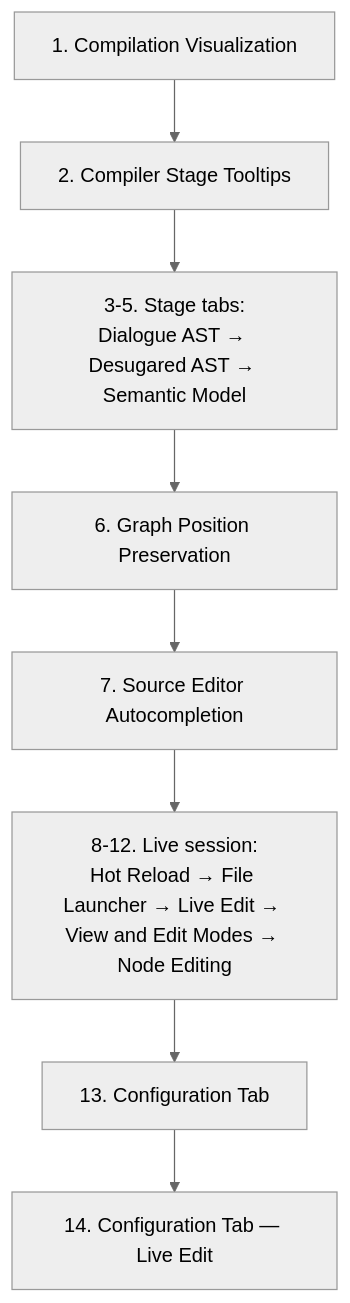
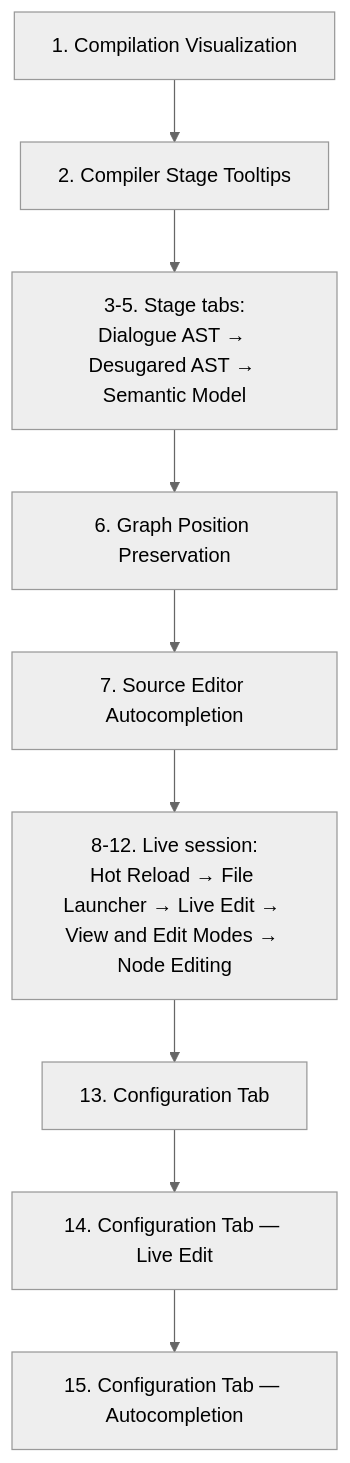
One commit to pengzhengyi/godot-dialoguedown changed the third of 4 diagrams in docs/contributing/design-notes/README.md. Above: the diagram before and after it, drawn with Mermaid (neutral theme). The commit also changed other lines of this file and 2 other files, not shown here.

Commit message:
docs(config-tab): reconcile the Stage 2b note with the shipped code
Crosscheck the autocompletion note against what shipped and register it:

- status → implemented; functionality checklist ticked.
- record the emergent decision to stop auto-closing `[` in the config editor (TOML
  headers are `[[table]]`, so auto-closing fought the writer and left a stray `]` when
  accepting a `[[speakers]]` completion).
- register the note in the design-notes index (#15, reading order + chart) and toc.yml.

````diff
--- a/docs/contributing/design-notes/README.md
+++ b/docs/contributing/design-notes/README.md
@@ -103,10 +103,11 @@
 ```mermaid
 flowchart TB
     CV["1. Compilation Visualization"] --> TT["2. Compiler Stage Tooltips"]
     TT --> TABS["3-5. Stage tabs:<br/>Dialogue AST → Desugared AST → Semantic Model"]
     TABS --> GX["6. Graph Position Preservation"]
     GX --> AC["7. Source Editor Autocompletion"]
     AC --> LIVE["8-12. Live session:<br/>Hot Reload → File Launcher → Live Edit → View and Edit Modes → Node Editing"]
     LIVE --> CFG["13. Configuration Tab"]
     CFG --> CFGLE["14. Configuration Tab — Live Edit"]
+    CFGLE --> CFGAC["15. Configuration Tab — Autocompletion"]
 ```
````
